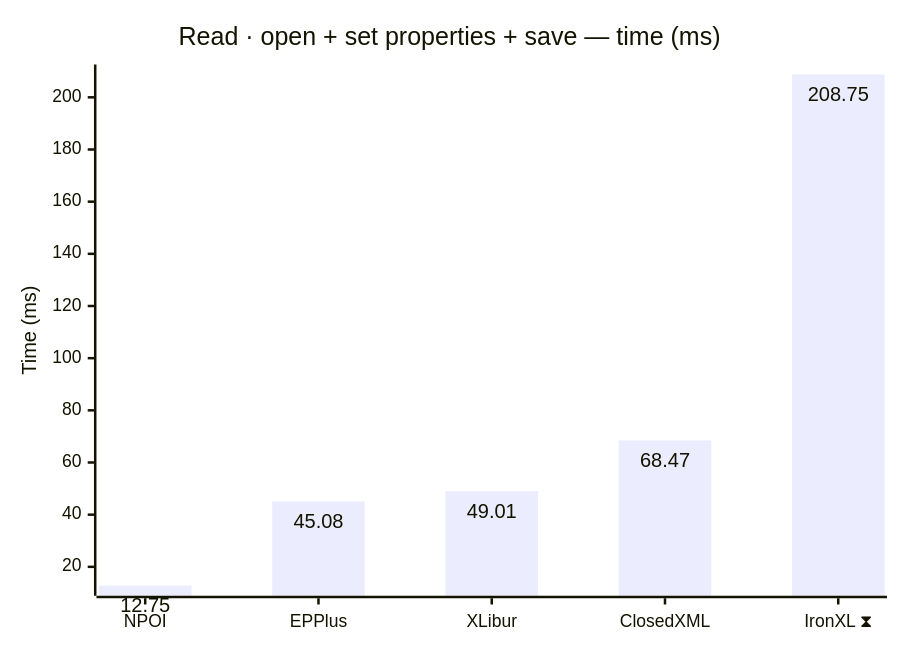
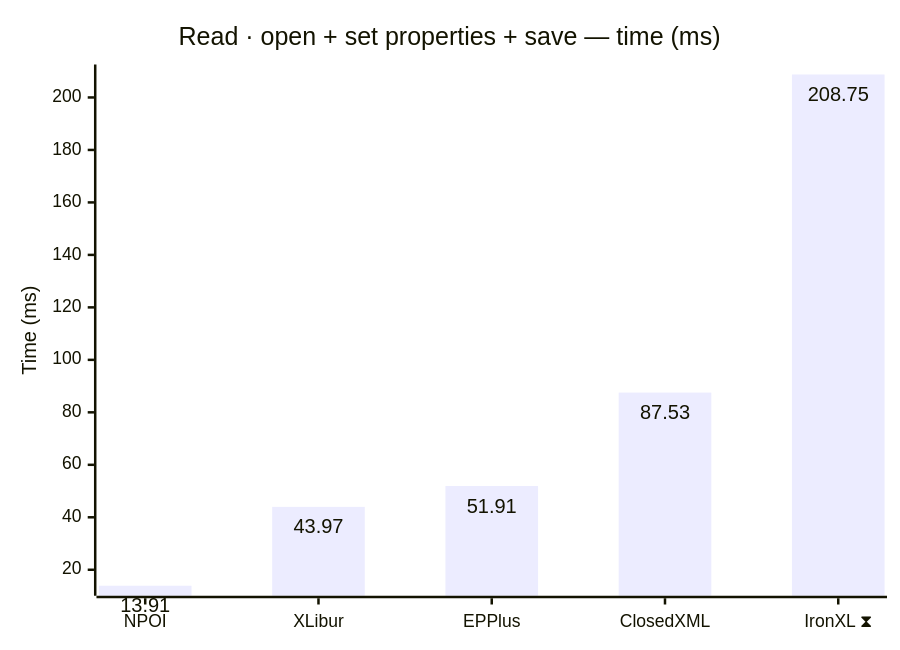
The first of 12 diagrams in docs/results-ci.md (jafin/XLBench), drawn with Mermaid before and after one commit. The commit also changed other lines of this file, not shown here.

````diff
--- a/docs/results-ci.md
+++ b/docs/results-ci.md
@@ -41,12 +41,12 @@
 ```mermaid
 ---
 config:
   xyChart:
     showDataLabel: true
 ---
 xychart-beta
     title "Read · open + set properties + save — time (ms)"
-    x-axis ["NPOI", "EPPlus", "XLibur", "ClosedXML", "IronXL ⧗"]
+    x-axis ["NPOI", "XLibur", "EPPlus", "ClosedXML", "IronXL ⧗"]
     y-axis "Time (ms)"
-    bar [12.75, 45.08, 49.01, 68.47, 208.75]
+    bar [13.91, 43.97, 51.91, 87.53, 208.75]
 ```
````
